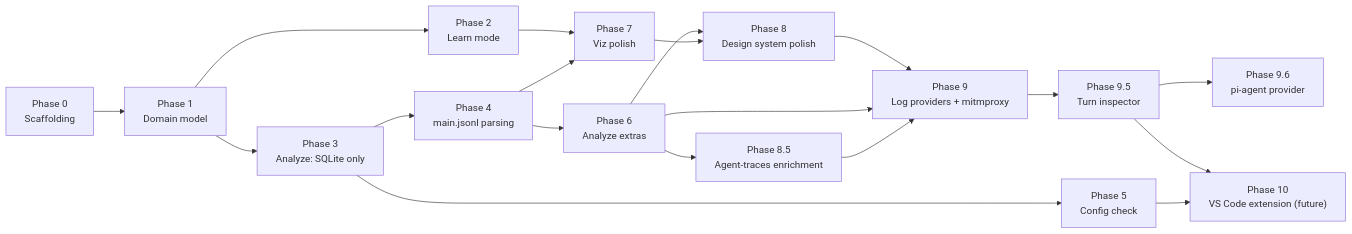
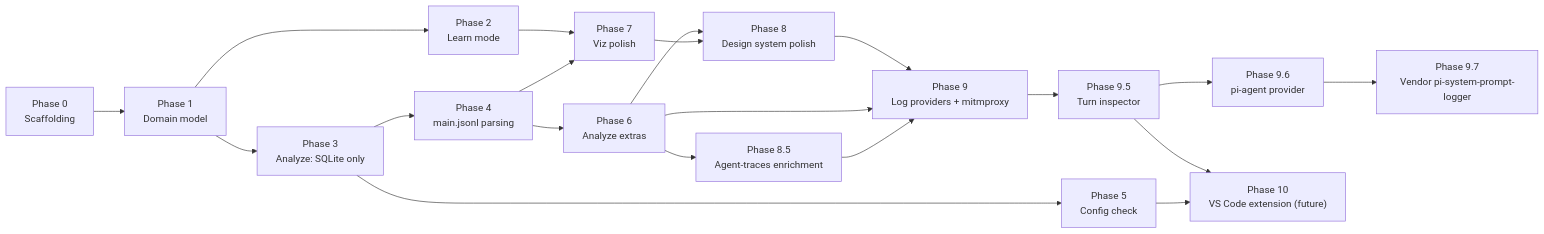
Before and after one commit to raulkivi/gh-cp-chat-analyser: the diagram in docs/implementation-plan.md, drawn with Mermaid. The commit also changed other lines of this file and 26 other files, not shown here.

First line of the commit message:
Vendor pi-system-prompt-logger as a workspace package (Phase 9.7)

````diff
--- a/docs/implementation-plan.md
+++ b/docs/implementation-plan.md
@@ -917,21 +962,22 @@
 ```mermaid
 flowchart LR
     P0["Phase 0<br/>Scaffolding"] --> P1["Phase 1<br/>Domain model"]
     P1 --> P2["Phase 2<br/>Learn mode"]
     P1 --> P3["Phase 3<br/>Analyze: SQLite only"]
     P3 --> P4["Phase 4<br/>main.jsonl parsing"]
     P3 --> P5["Phase 5<br/>Config check"]
     P4 --> P6["Phase 6<br/>Analyze extras"]
     P2 --> P7["Phase 7<br/>Viz polish"]
     P4 --> P7
     P6 --> P8["Phase 8<br/>Design system polish"]
     P7 --> P8
     P6 --> P85["Phase 8.5<br/>Agent-traces enrichment"]
     P8 --> P9["Phase 9<br/>Log providers + mitmproxy"]
     P6 --> P9
     P85 --> P9
     P9 --> P95["Phase 9.5<br/>Turn inspector"]
     P95 --> P96["Phase 9.6<br/>pi-agent provider"]
+    P96 --> P97["Phase 9.7<br/>Vendor pi-system-prompt-logger"]
     P95 --> P10["Phase 10<br/>VS Code extension (future)"]
     P5 --> P10
 ```
````
